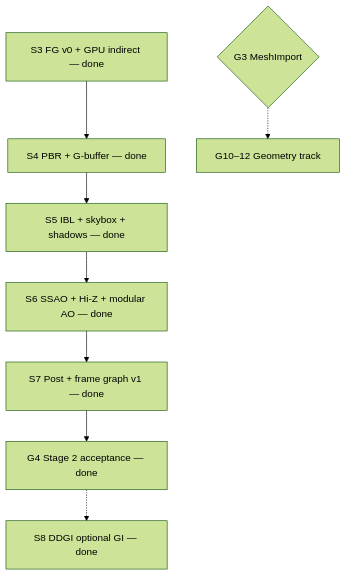
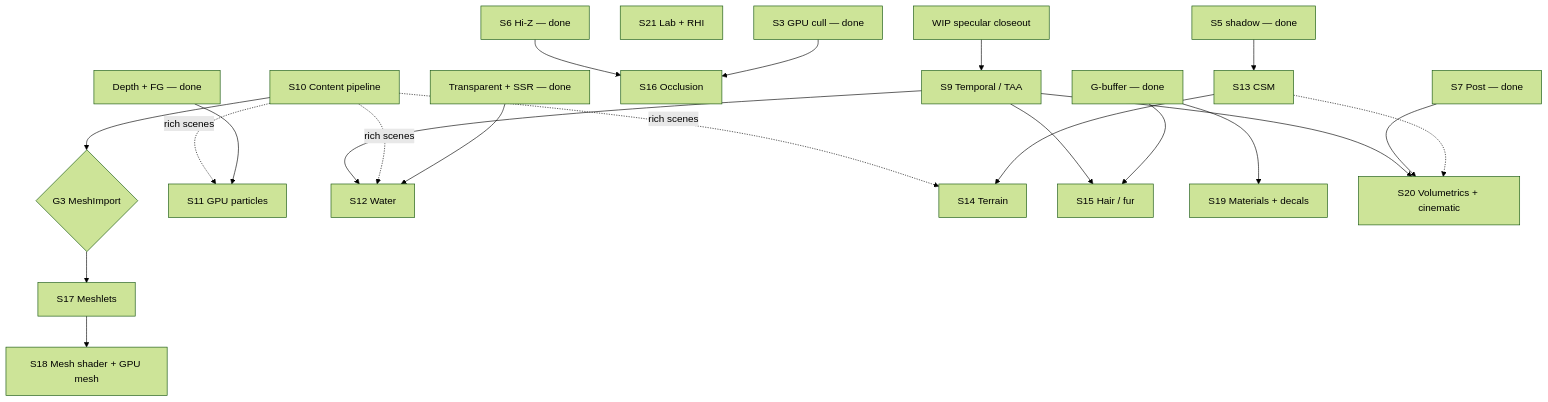
The diagram in Docs/Active-Plan.md (PluseggWill/SiriusEngine_VulkanReboot), drawn with Mermaid (forest theme) before and after one commit. The commit also changed other lines of this file and 35 other files, not shown here.

First line of the commit message:
[Docs] Pivot roadmap to S9-S21; archive epics; spec Bistro S10.

````diff
--- a/Docs/Active-Plan.md
+++ b/Docs/Active-Plan.md
@@ -26,17 +38,37 @@
 ```mermaid
 flowchart TB
-  S3[S3 FG v0 + GPU indirect — done]
-  S4[S4 PBR + G-buffer — done]
-  S5[S5 IBL + skybox + shadows — done]
-  S6[S6 SSAO + Hi-Z + modular AO — done]
-  S7[S7 Post + frame graph v1 — done]
-  G4[G4 Stage 2 acceptance — done]
-  S8[S8 DDGI optional GI — done]
+  WIP[WIP specular closeout]
+  S9[S9 Temporal / TAA]
+  S10[S10 Content pipeline]
+  G3{G3 MeshImport}
+  S11[S11 GPU particles]
+  S12[S12 Water]
+  S13[S13 CSM]
+  S14[S14 Terrain]
+  S15[S15 Hair / fur]
+  S16[S16 Occlusion]
+  S17[S17 Meshlets]
+  S18[S18 Mesh shader + GPU mesh]
+  S19[S19 Materials + decals]
+  S20[S20 Volumetrics + cinematic]
+  S21[S21 Lab + RHI]
 
-  S3 --> S4 --> S5 --> S6 --> S7 --> G4
-  G4 -.-> S8
-
-  GEO[G10–12 Geometry track]
-  G3{G3 MeshImport}
-  G3 -.-> GEO
+  WIP --> S9
+  S9 --> S12
+  S9 --> S15
+  S9 --> S20
+  S10 --> G3
+  S10 -.->|rich scenes| S11
+  S10 -.->|rich scenes| S12
+  S10 -.->|rich scenes| S14
+  DepthFG[Depth + FG — done] --> S11
+  TransSSR[Transparent + SSR — done] --> S12
+  S5done[S5 shadow — done] --> S13 --> S14
+  GBdone[G-buffer — done] --> S15
+  GBdone --> S19
+  S6done[S6 Hi-Z — done] --> S16
+  S3done[S3 GPU cull — done] --> S16
+  G3 --> S17 --> S18
+  S7done[S7 Post — done] --> S20
+  S13 -.-> S20
 ```
````
